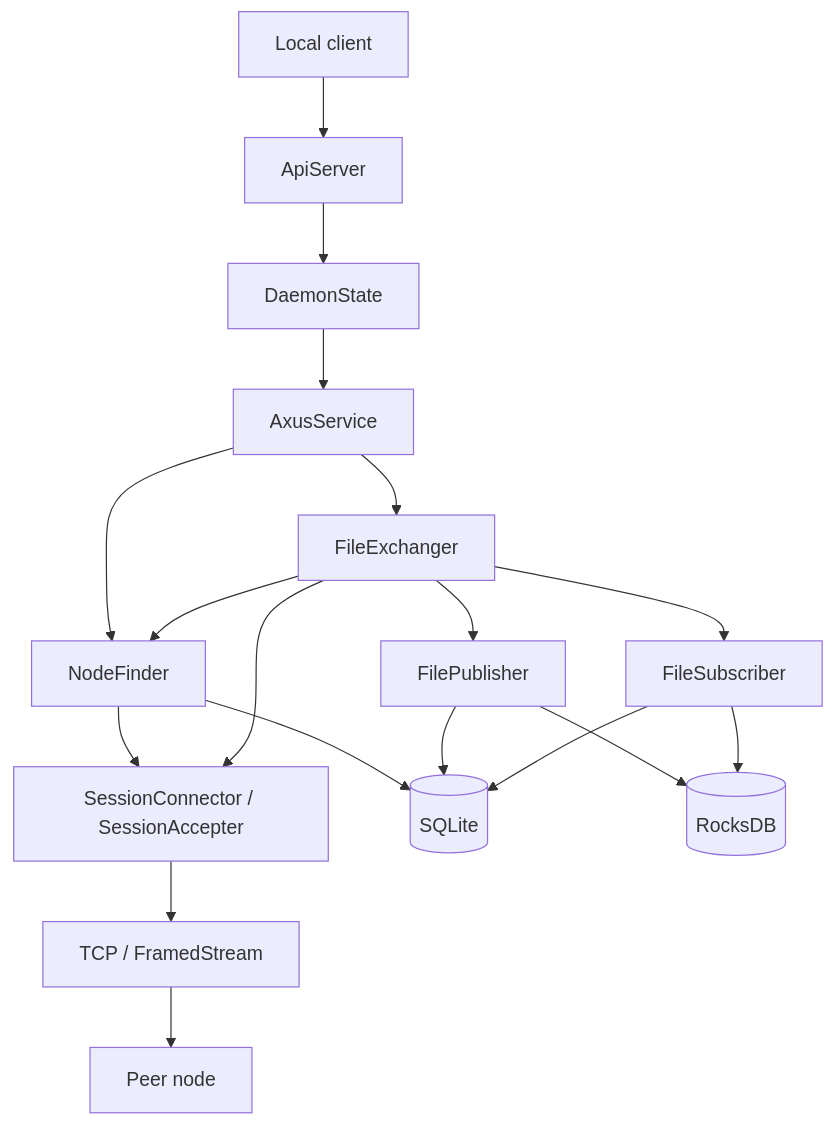
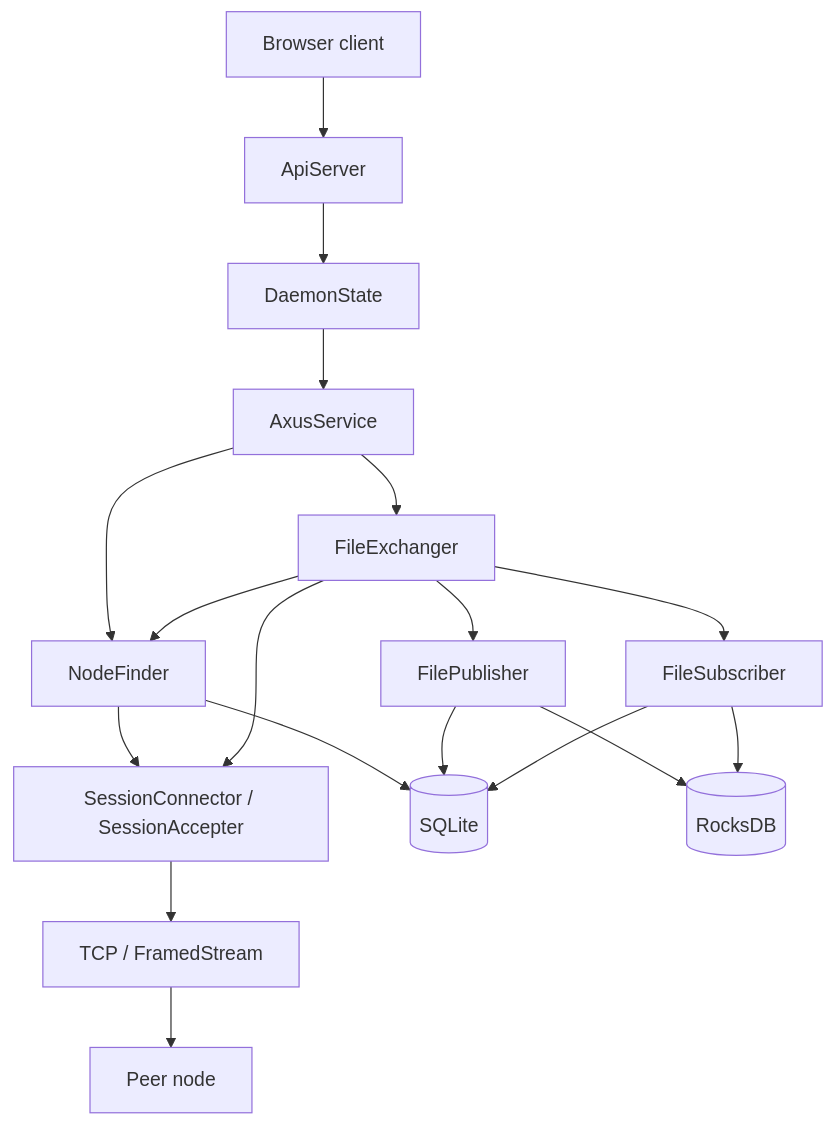
The diagram in docs/design.md (omnius-labs/axus), drawn with Mermaid before and after one commit. The commit also changed other lines of this file and 8 other files, not shown here.

````diff
--- a/docs/design.md
+++ b/docs/design.md
@@ -75,34 +75,34 @@
 ```mermaid
 flowchart TD
-    Client[Local client]
+    Client[Browser client]
     Api[ApiServer]
     State[DaemonState]
     Service[AxusService]
     Exchanger[FileExchanger]
     Publisher[FilePublisher]
     Subscriber[FileSubscriber]
     Finder[NodeFinder]
     Session[SessionConnector / SessionAccepter]
     Transport[TCP / FramedStream]
     Peer[Peer node]
     Meta[(SQLite)]
     Blocks[(RocksDB)]
 
     Client --> Api
     Api --> State
     State --> Service
     Service --> Finder
     Service --> Exchanger
     Exchanger --> Publisher
     Exchanger --> Subscriber
     Exchanger --> Finder
     Finder --> Session
     Exchanger --> Session
     Session --> Transport
     Transport --> Peer
     Finder --> Meta
     Publisher --> Meta
     Subscriber --> Meta
     Publisher --> Blocks
     Subscriber --> Blocks
 ```
````
